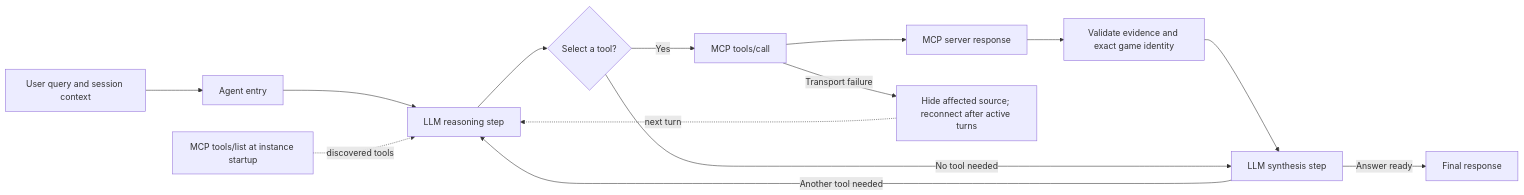
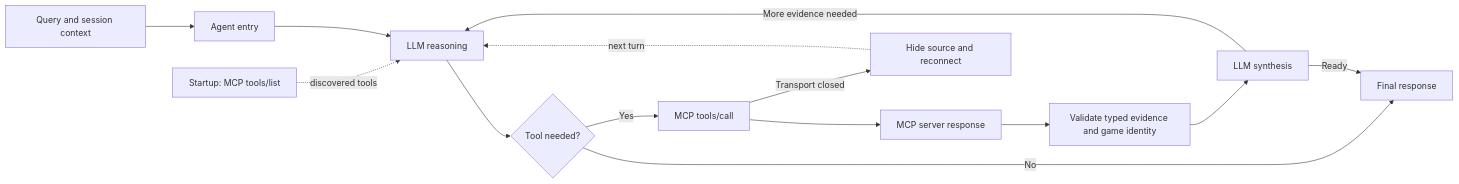
One commit to waderylan/prediction-market-agent changed the second of 3 diagrams in README.md. Above: the diagram before and after it, drawn with Mermaid. The commit also changed other lines of this file and 1 other file, not shown here.

First line of the commit message:
Rewrite README around evidence-checked sports research

````diff
--- a/README.md
+++ b/README.md
@@ -324,16 +194,16 @@
 ```mermaid
 flowchart LR
-    Q[User query and session context] --> A[Agent entry]
-    A --> R[LLM reasoning step]
-    D[MCP tools/list at instance startup] -. discovered tools .-> R
-    R --> T{Select a tool?}
-    T -->|Yes| C[MCP tools/call]
+    D[Startup: MCP tools/list] -. discovered tools .-> R[LLM reasoning]
+    Q[Query and session context] --> A[Agent entry]
+    A --> R
+    R --> X{Tool needed?}
+    X -->|No| O[Final response]
+    X -->|Yes| C[MCP tools/call]
     C --> S[MCP server response]
-    C -->|Transport failure| F[Hide affected source; reconnect after active turns]
+    C -->|Transport closed| F[Hide source and reconnect]
     F -. next turn .-> R
-    S --> V[Validate evidence and exact game identity]
-    V --> Y[LLM synthesis step]
-    Y -->|Another tool needed| R
-    T -->|No tool needed| Y
-    Y -->|Answer ready| O[Final response]
+    S --> V[Validate typed evidence and game identity]
+    V --> Y[LLM synthesis]
+    Y -->|More evidence needed| R
+    Y -->|Ready| O
 ```
````
